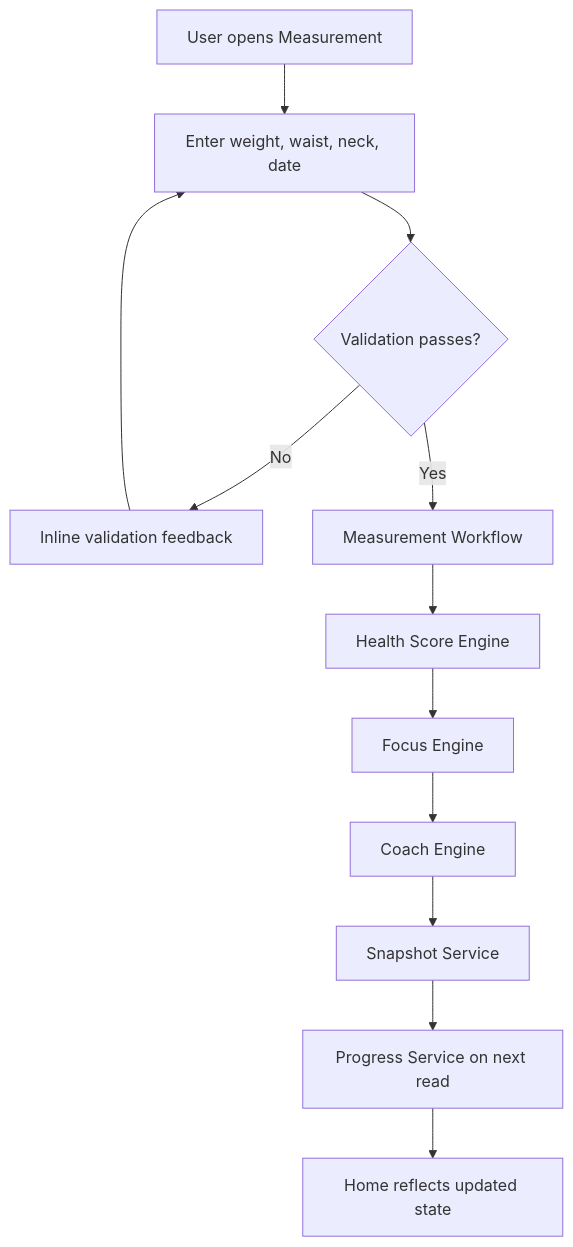
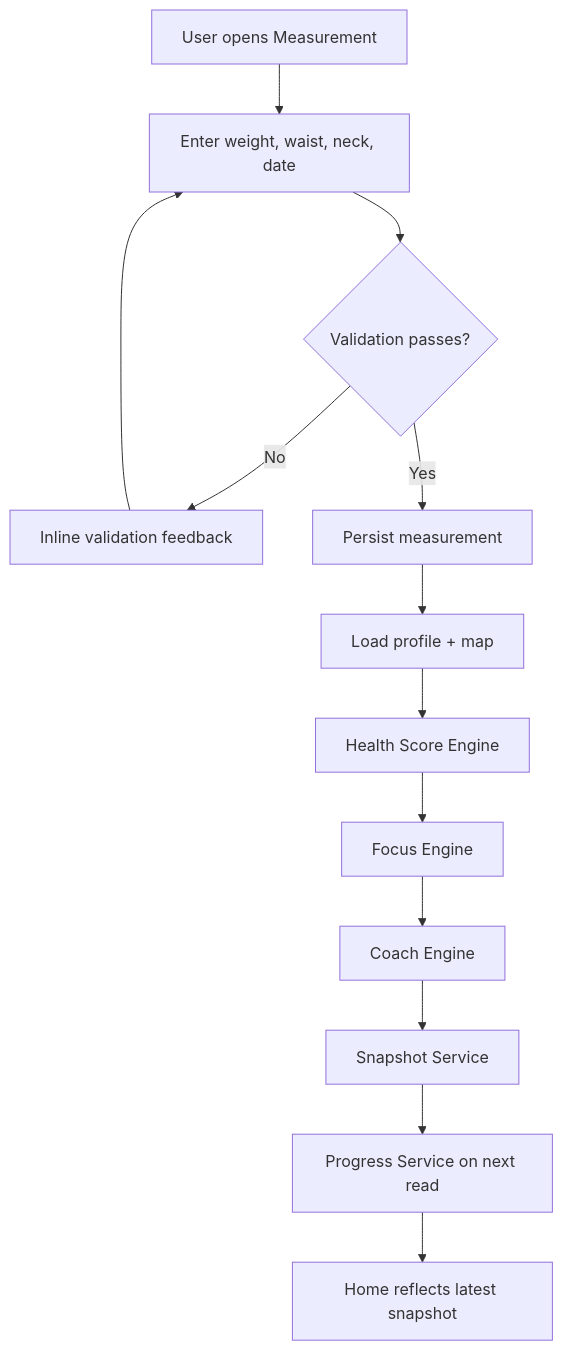
The diagram in docs/MEASUREMENT_MODULE_V1.md (NORDYAN/Nordyan), drawn with Mermaid before and after one commit. The commit also changed other lines of this file and 420 other files, not shown here.

````diff
--- a/docs/MEASUREMENT_MODULE_V1.md
+++ b/docs/MEASUREMENT_MODULE_V1.md
@@ -101,14 +101,15 @@
 ```mermaid
 flowchart TD
     A[User opens Measurement] --> B[Enter weight, waist, neck, date]
     B --> C{Validation passes?}
     C -- No --> D[Inline validation feedback]
     D --> B
-    C -- Yes --> E[Measurement Workflow]
-    E --> F[Health Score Engine]
-    F --> G[Focus Engine]
-    G --> H[Coach Engine]
-    H --> I[Snapshot Service]
-    I --> J[Progress Service on next read]
-    J --> K[Home reflects updated state]
+    C -- Yes --> E[Persist measurement]
+    E --> F[Load profile + map]
+    F --> G[Health Score Engine]
+    G --> H[Focus Engine]
+    H --> I[Coach Engine]
+    I --> J[Snapshot Service]
+    J --> K[Progress Service on next read]
+    K --> L[Home reflects latest snapshot]
 ```
````
